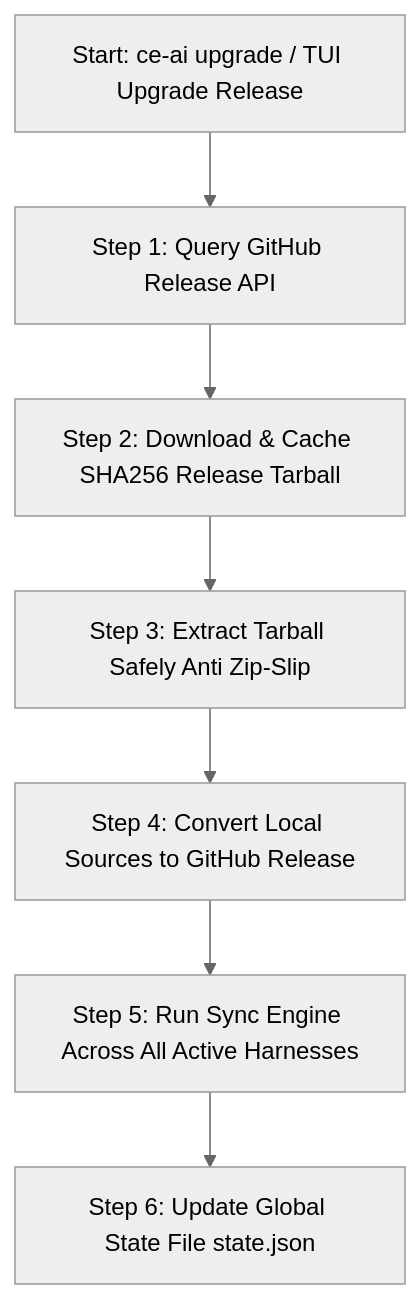
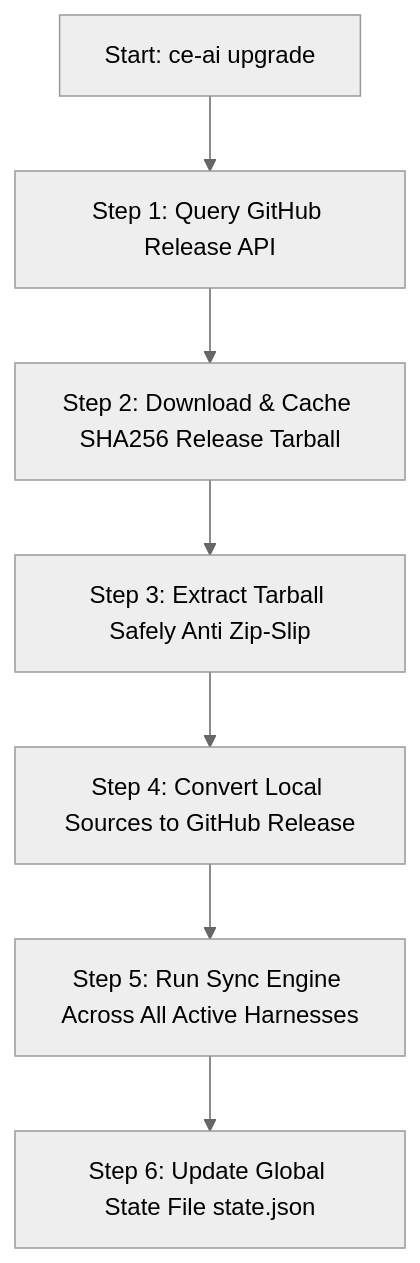
Before and after one commit to mastepanoski/ce-ai: the second of 2 diagrams in docs/user-guide/sync-and-upgrade-mechanisms.md, drawn with Mermaid (neutral theme). The commit also changed other lines of this file and 37 other files, not shown here.

````diff
--- a/docs/user-guide/sync-and-upgrade-mechanisms.md
+++ b/docs/user-guide/sync-and-upgrade-mechanisms.md
@@ -157,9 +157,9 @@
 ```mermaid
 flowchart TD
-    A[Start: ce-ai upgrade / TUI Upgrade Release] --> B[Step 1: Query GitHub Release API]
+    A[Start: ce-ai upgrade] --> B[Step 1: Query GitHub Release API]
     B --> C[Step 2: Download & Cache SHA256 Release Tarball]
     C --> D[Step 3: Extract Tarball Safely Anti Zip-Slip]
     D --> E[Step 4: Convert Local Sources to GitHub Release]
     E --> F[Step 5: Run Sync Engine Across All Active Harnesses]
     F --> G[Step 6: Update Global State File state.json]
 ```
````
